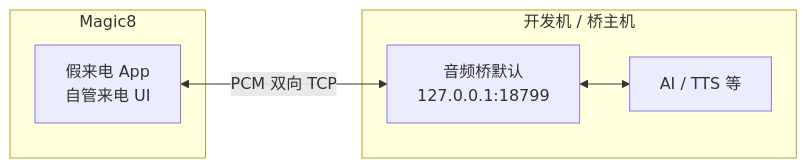
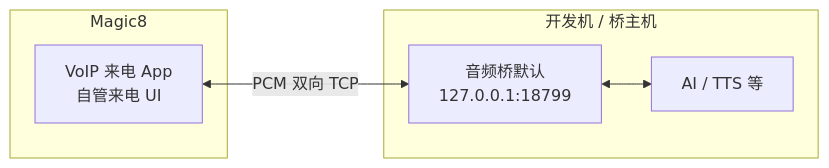
One commit to amwangfan/whale-io changed the second of 2 diagrams in docs/overview.md. Above: the diagram before and after it, drawn with Mermaid. The commit also changed other lines of this file and 17 other files, not shown here.

````diff
--- a/docs/overview.md
+++ b/docs/overview.md
@@ -33,12 +33,12 @@
 ```mermaid
 flowchart LR
   subgraph phone2 [Magic8]
-    FC[假来电 App<br/>自管来电 UI]
+    FC[VoIP 来电 App<br/>自管来电 UI]
   end
   subgraph local [开发机 / 桥主机]
     BR[音频桥默认<br/>127.0.0.1:18799]
     AI[AI / TTS 等]
   end
   FC <-->|PCM 双向 TCP| BR
   BR <--> AI
 ```
````
